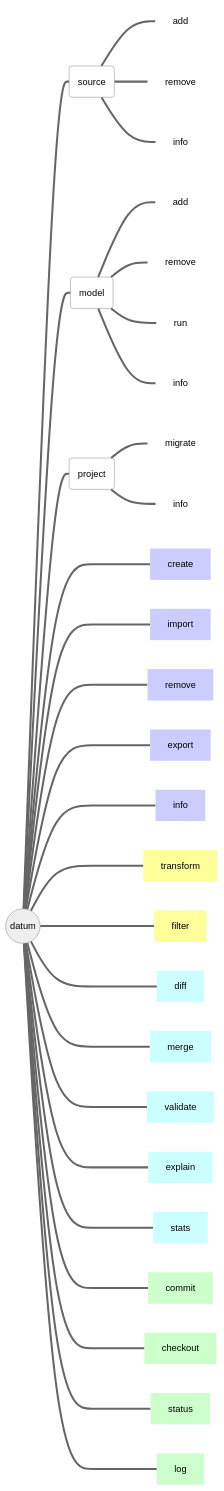
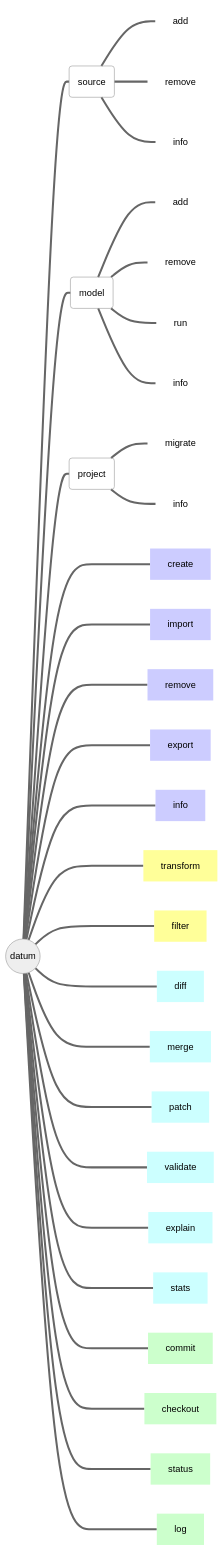
Before and after one commit to openvinotoolkit/datumaro: the diagram in site/content/en/docs/user-manual/command-reference/_index.md, drawn with Mermaid. The commit also changed 3 other files, not shown here.

````diff
--- a/site/content/en/docs/user-manual/command-reference/_index.md
+++ b/site/content/en/docs/user-manual/command-reference/_index.md
@@ -10,44 +10,45 @@
 ```mermaid
 %%{init { 'theme':'neutral' }}%%
 flowchart LR
   d(("#0009; datum #0009;")):::mainclass
   s(source):::nofillclass
   m(model):::nofillclass
   p(project):::nofillclass
 
   d===s
     s===id1[add]:::hideclass
     s===id2[remove]:::hideclass
     s===id3[info]:::hideclass
   d===m
     m===id4[add]:::hideclass
     m===id5[remove]:::hideclass
     m===id6[run]:::hideclass
     m===id7[info]:::hideclass
   d===p
     p===migrate:::hideclass
     p===info:::hideclass
   d====str1[create]:::filloneclass
   d====str2[import]:::filloneclass
   d====str3[remove]:::filloneclass
   d====str4[export]:::filloneclass
   d====str5[info]:::filloneclass
   d====str6[transform]:::filltwoclass
   d====str7[filter]:::filltwoclass
   d====str8[diff]:::fillthreeclass
   d====str9[merge]:::fillthreeclass
-  d====str10[validate]:::fillthreeclass
-  d====str11[explain]:::fillthreeclass
-  d====str12[stats]:::fillthreeclass
-  d====str13[commit]:::fillfourclass
-  d====str14[checkout]:::fillfourclass
-  d====str15[status]:::fillfourclass
-  d====str16[log]:::fillfourclass
+  d====str10[patch]:::fillthreeclass
+  d====str11[validate]:::fillthreeclass
+  d====str12[explain]:::fillthreeclass
+  d====str13[stats]:::fillthreeclass
+  d====str14[commit]:::fillfourclass
+  d====str15[checkout]:::fillfourclass
+  d====str16[status]:::fillfourclass
+  d====str17[log]:::fillfourclass
 
   classDef nofillclass fill-opacity:0;
   classDef hideclass fill-opacity:0,stroke-opacity:0;
   classDef filloneclass fill:#CCCCFF,stroke-opacity:0;
   classDef filltwoclass fill:#FFFF99,stroke-opacity:0;
   classDef fillthreeclass fill:#CCFFFF,stroke-opacity:0;
   classDef fillfourclass fill:#CCFFCC,stroke-opacity:0;
 ```
````
